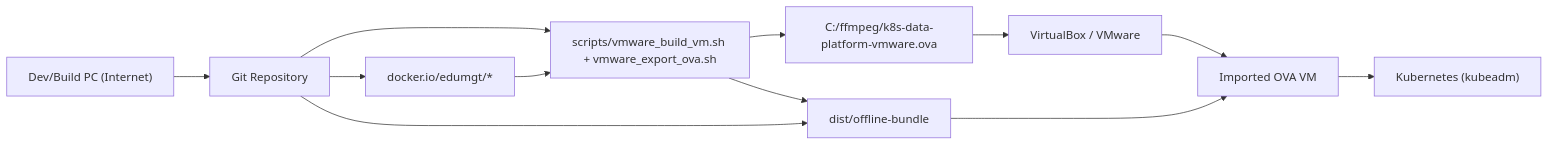
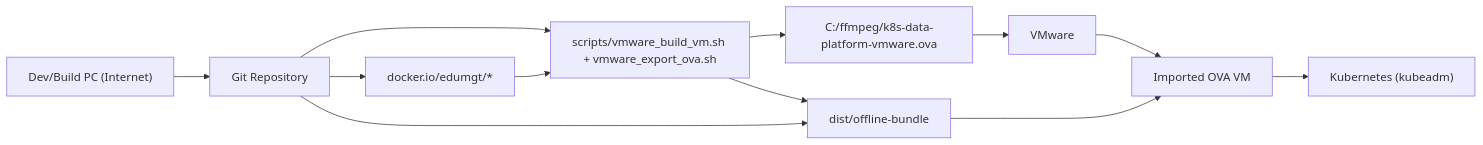
One commit to edumgt/Kubernetes-Jupyter-Sandbox changed the fifth of 10 diagrams in README.md. Above: the diagram before and after it, drawn with Mermaid. The commit also changed other lines of this file and 24 other files, not shown here.

````diff
--- a/README.md
+++ b/README.md
@@ -1263,22 +1261,22 @@
 ```mermaid
 flowchart LR
   DEV["Dev/Build PC (Internet)"]
   REPO["Git Repository"]
   PACKER["scripts/vmware_build_vm.sh + vmware_export_ova.sh"]
   DOCKERHUB["docker.io/edumgt/*"]
   OVA["C:/ffmpeg/k8s-data-platform-vmware.ova"]
   BUNDLE["dist/offline-bundle"]
-  HYP["VirtualBox / VMware"]
+  HYP["VMware"]
   VM["Imported OVA VM"]
   K8S["Kubernetes (kubeadm)"]
 
   DEV --> REPO
   REPO --> PACKER
   PACKER --> OVA
   REPO --> DOCKERHUB
   DOCKERHUB --> PACKER
   REPO --> BUNDLE
   PACKER --> BUNDLE
   OVA --> HYP --> VM --> K8S
   BUNDLE --> VM
 ```
````
